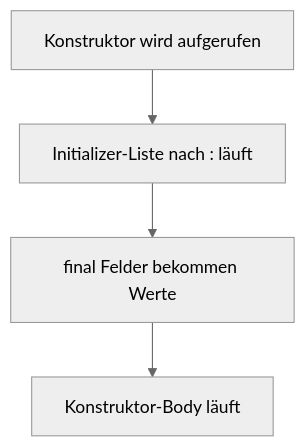
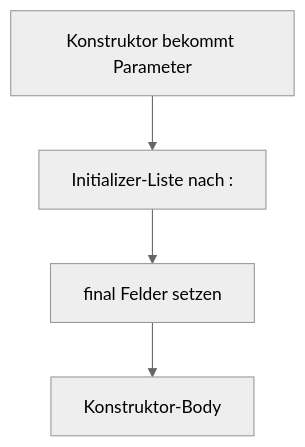
Before and after one commit to Real-Dau/Flutter-lernen: the diagram in 11-dart-syntax-tricks/VISUAL.md, drawn with Mermaid (neutral theme). The commit also changed other lines of this file and 12 other files, not shown here.

````diff
--- a/11-dart-syntax-tricks/VISUAL.md
+++ b/11-dart-syntax-tricks/VISUAL.md
@@ -48,6 +78,6 @@
 ```mermaid
 flowchart TD
-    A[Konstruktor wird aufgerufen] --> B[Initializer-Liste nach : läuft]
-    B --> C[final Felder bekommen Werte]
-    C --> D[Konstruktor-Body läuft]
+    A[Konstruktor bekommt Parameter] --> B[Initializer-Liste nach :]
+    B --> C[final Felder setzen]
+    C --> D[Konstruktor-Body]
 ```
````
